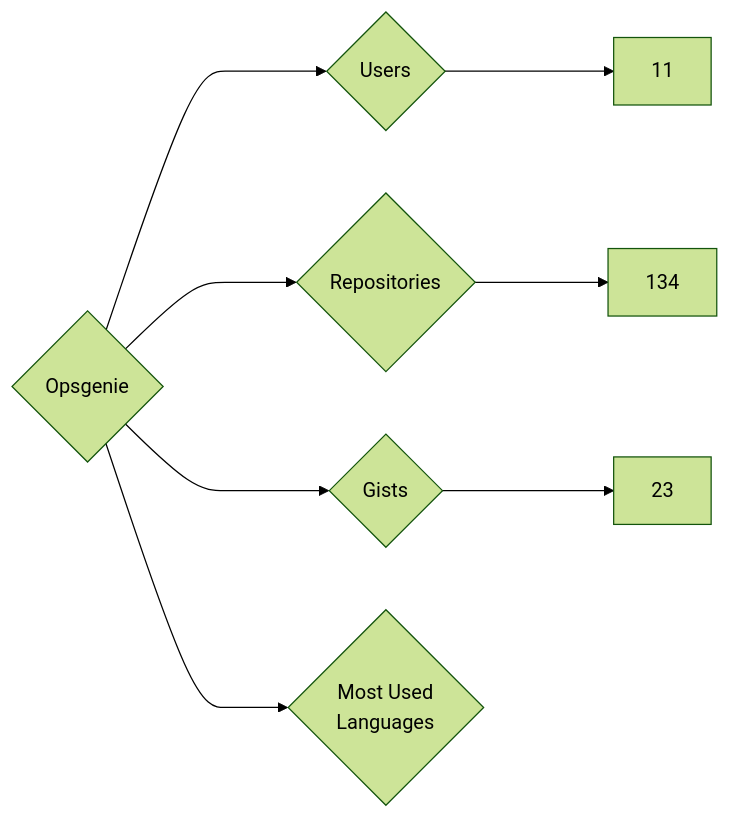
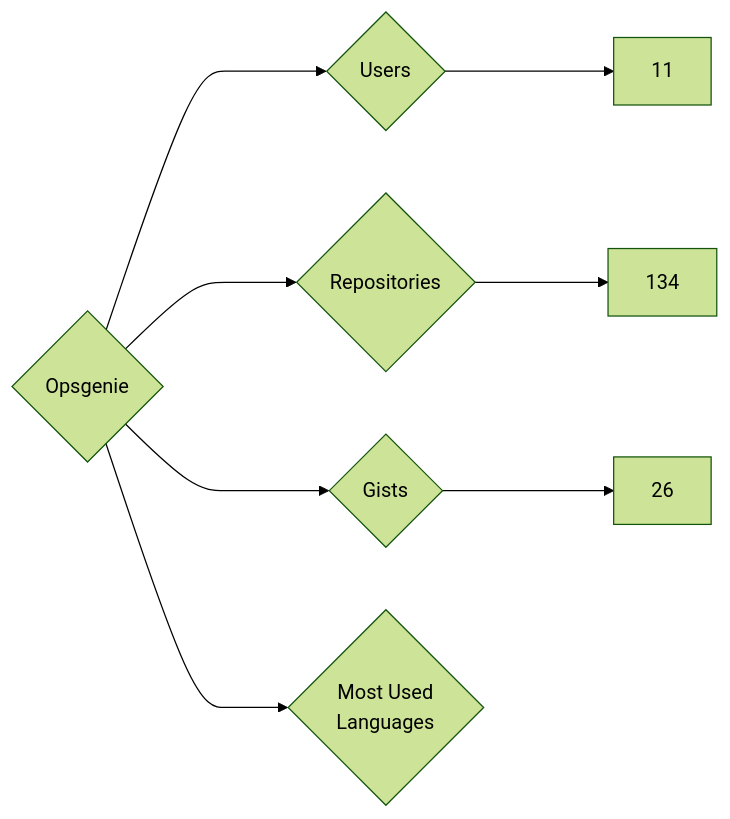
The diagram in targets/Opsgenie/README.md (nenadzaric/insiders), drawn with Mermaid (forest theme) before and after one commit. The commit also changed 1342 other files, not shown here.

````diff
--- a/targets/Opsgenie/README.md
+++ b/targets/Opsgenie/README.md
@@ -3,8 +3,8 @@
 ```mermaid
 graph LR
 COMPANY_NAME{Opsgenie}
 COMPANY_NAME ---> U{Users} ---> UN[11]
 COMPANY_NAME ---> R{Repositories} ---> RN[134]
-COMPANY_NAME ---> G{Gists} ---> GN[23]
+COMPANY_NAME ---> G{Gists} ---> GN[26]
 COMPANY_NAME ---> ML{Most Used<br>Languages}
 ```
````
